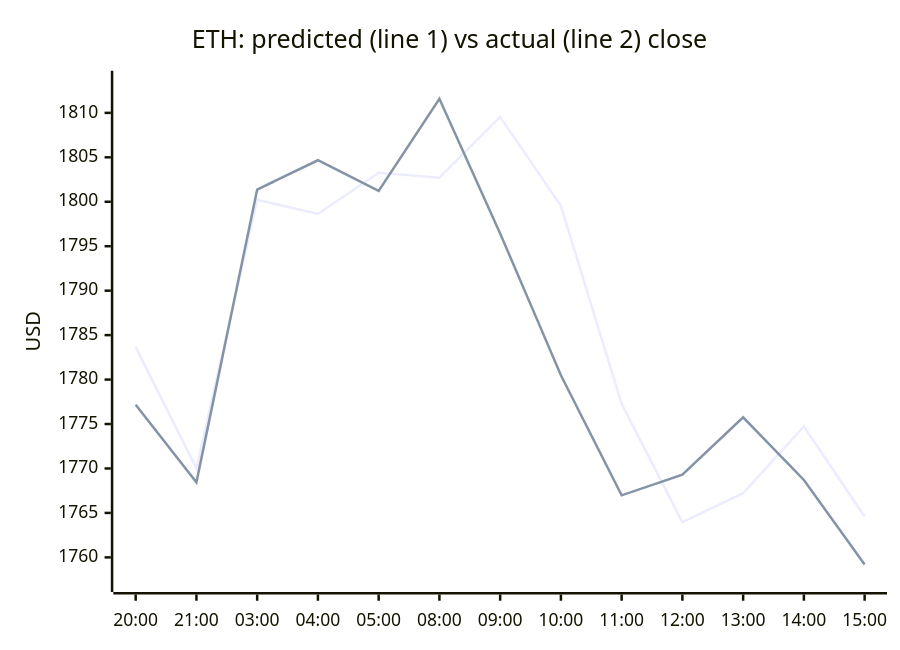
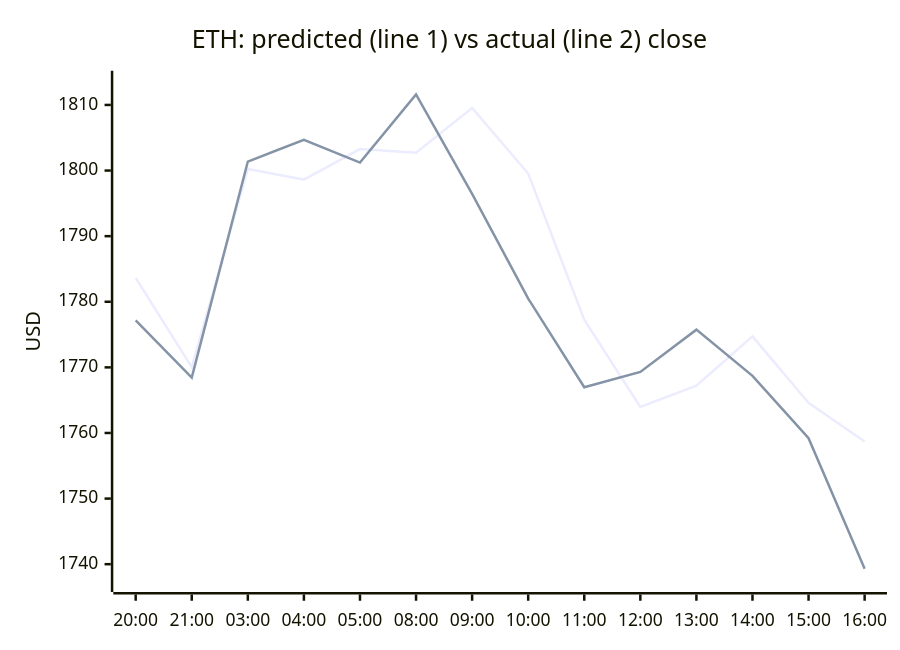
One commit to samuelkreitl-wq/crypto-hourly-forecaster changed the second of 4 diagrams in README.md. Above: the diagram before and after it, drawn with Mermaid. The commit also changed other lines of this file and 14 other files, not shown here.

````diff
--- a/README.md
+++ b/README.md
@@ -47,8 +47,8 @@
 ```mermaid
 xychart-beta
     title "ETH: predicted (line 1) vs actual (line 2) close"
-    x-axis ["20:00", "21:00", "03:00", "04:00", "05:00", "08:00", "09:00", "10:00", "11:00", "12:00", "13:00", "14:00", "15:00"]
-    y-axis "USD" 1757.4408 --> 1813.4016
-    line [1783.6536, 1770.0216, 1800.2369, 1798.6210, 1803.2721, 1802.7104, 1809.5477, 1799.5438, 1777.2612, 1763.9669, 1767.2241, 1774.7205, 1764.5976]
-    line [1777.1700, 1768.4400, 1801.3700, 1804.6700, 1801.2200, 1811.5900, 1796.4400, 1780.4900, 1766.9800, 1769.3000, 1775.7500, 1768.7100, 1759.2000]
+    x-axis ["20:00", "21:00", "03:00", "04:00", "05:00", "08:00", "09:00", "10:00", "11:00", "12:00", "13:00", "14:00", "15:00", "16:00"]
+    y-axis "USD" 1737.5707 --> 1813.4016
+    line [1783.6536, 1770.0216, 1800.2369, 1798.6210, 1803.2721, 1802.7104, 1809.5477, 1799.5438, 1777.2612, 1763.9669, 1767.2241, 1774.7205, 1764.5976, 1758.7069]
+    line [1777.1700, 1768.4400, 1801.3700, 1804.6700, 1801.2200, 1811.5900, 1796.4400, 1780.4900, 1766.9800, 1769.3000, 1775.7500, 1768.7100, 1759.2000, 1739.3100]
 ```
````
